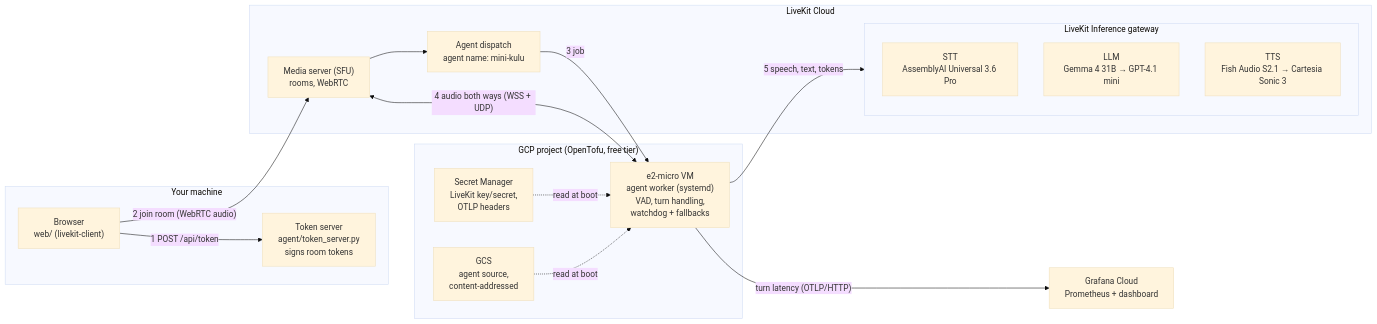
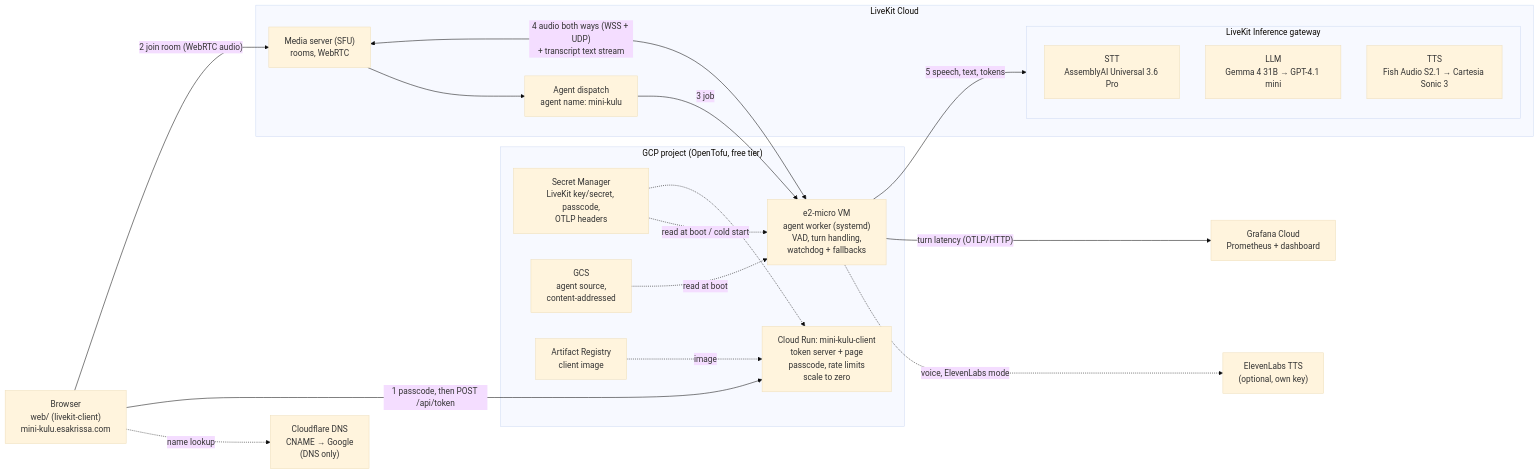
The first of 3 diagrams in docs/architecture.md (esakrissa/mini-kulu-real-time), drawn with Mermaid (base theme) before and after one commit. The commit also changed other lines of this file and 6 other files, not shown here.

First line of the commit message:
Docs for the hosted client: domain link, new call screenshots, current architecture

````diff
--- a/docs/architecture.md
+++ b/docs/architecture.md
@@ -5,34 +5,40 @@
 ```mermaid
 flowchart LR
-    subgraph client["Your machine"]
-        browser["Browser<br/>web/ (livekit-client)"]
-        tokens["Token server<br/>agent/token_server.py<br/>signs room tokens"]
-    end
+    browser["Browser<br/>web/ (livekit-client)<br/>mini-kulu.esakrissa.com"]
+    dns["Cloudflare DNS<br/>CNAME → Google<br/>(DNS only)"]
 
     subgraph livekit["LiveKit Cloud"]
         sfu["Media server (SFU)<br/>rooms, WebRTC"]
         dispatch["Agent dispatch<br/>agent name: mini-kulu"]
         subgraph inference["LiveKit Inference gateway"]
             stt["STT<br/>AssemblyAI Universal 3.6 Pro"]
             llm["LLM<br/>Gemma 4 31B → GPT-4.1 mini"]
             tts["TTS<br/>Fish Audio S2.1 → Cartesia Sonic 3"]
         end
     end
 
+    eleven["ElevenLabs TTS<br/>(optional, own key)"]
+
     subgraph gcp["GCP project (OpenTofu, free tier)"]
+        run["Cloud Run: mini-kulu-client<br/>token server + page<br/>passcode, rate limits<br/>scale to zero"]
         vm["e2-micro VM<br/>agent worker (systemd)<br/>VAD, turn handling,<br/>watchdog + fallbacks"]
-        sm["Secret Manager<br/>LiveKit key/secret,<br/>OTLP headers"]
+        sm["Secret Manager<br/>LiveKit key/secret, passcode,<br/>OTLP headers"]
         src["GCS<br/>agent source,<br/>content-addressed"]
+        ar["Artifact Registry<br/>client image"]
     end
 
     grafana["Grafana Cloud<br/>Prometheus + dashboard"]
 
-    browser -- "1 POST /api/token" --> tokens
+    browser -. "name lookup" .-> dns
+    browser -- "1 passcode, then POST /api/token" --> run
     browser -- "2 join room (WebRTC audio)" --> sfu
     sfu --> dispatch -- "3 job" --> vm
-    vm <-- "4 audio both ways (WSS + UDP)" --> sfu
+    vm <-- "4 audio both ways (WSS + UDP)<br/>+ transcript text stream" --> sfu
     vm -- "5 speech, text, tokens" --> inference
+    vm -. "voice, ElevenLabs mode" .-> eleven
     vm -- "turn latency (OTLP/HTTP)" --> grafana
-    sm -. "read at boot" .-> vm
+    sm -. "read at boot / cold start" .-> vm
+    sm -.-> run
     src -. "read at boot" .-> vm
+    ar -. "image" .-> run
 ```
````
